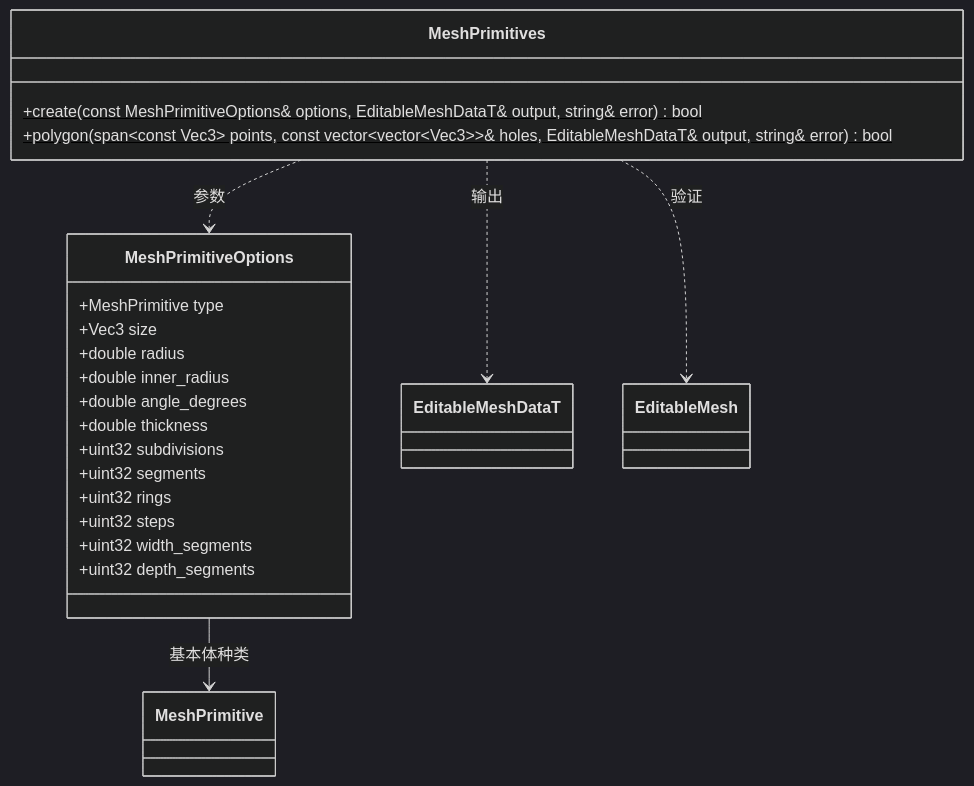
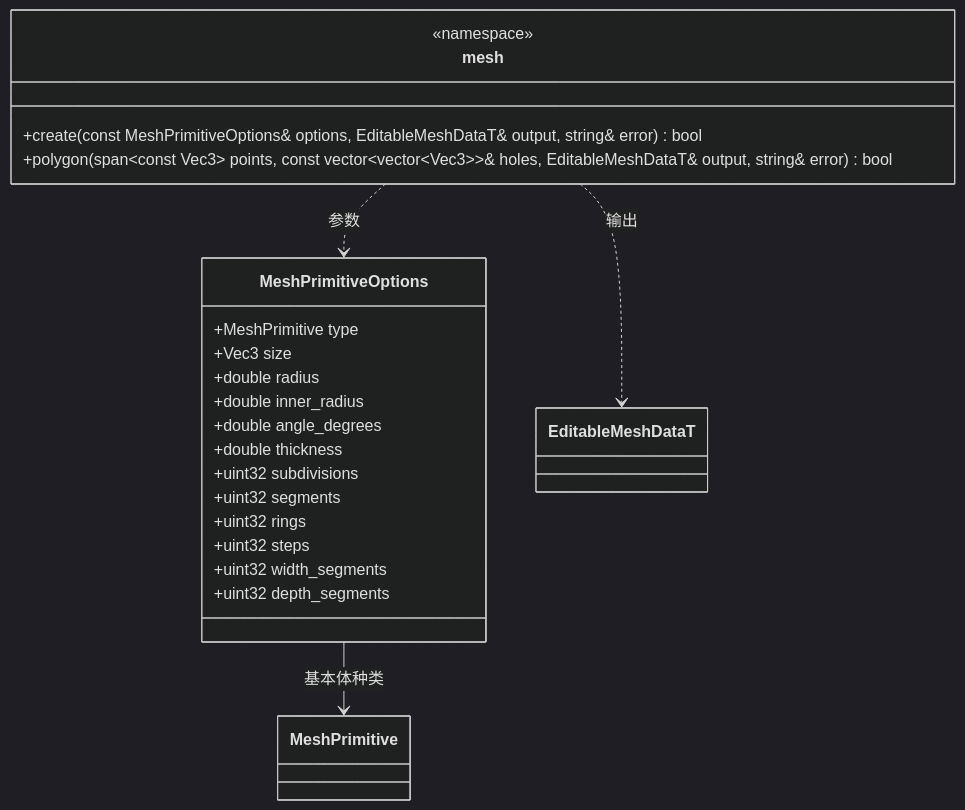
One commit to lcals/Engine changed the diagram in docs/plugins/editor/class-diagrams/mesh-primitives.md. Above: the diagram before and after it, drawn with Mermaid (dark theme). The commit also changed other lines of this file and 133 other files, not shown here.

Commit message:
Simplify engine implementations under reviewed class diagrams

````diff
--- a/docs/plugins/editor/class-diagrams/mesh-primitives.md
+++ b/docs/plugins/editor/class-diagrams/mesh-primitives.md
@@ -5,28 +7,27 @@
 ```mermaid
 classDiagram
-    class MeshPrimitives {
-        +create(const MeshPrimitiveOptions& options, EditableMeshDataT& output, string& error) bool$
-        +polygon(span~const Vec3~ points, const vector~vector~Vec3~~& holes, EditableMeshDataT& output, string& error) bool$
+    class mesh {
+        <<namespace>>
+        +create(const MeshPrimitiveOptions& options, EditableMeshDataT& output, string& error) bool
+        +polygon(span~const Vec3~ points, const vector~vector~Vec3~~& holes, EditableMeshDataT& output, string& error) bool
     }
     class MeshPrimitiveOptions {
         +MeshPrimitive type
         +Vec3 size
         +double radius
         +double inner_radius
         +double angle_degrees
         +double thickness
         +uint32 subdivisions
         +uint32 segments
         +uint32 rings
         +uint32 steps
         +uint32 width_segments
         +uint32 depth_segments
     }
     class MeshPrimitive
     class EditableMeshDataT
-    class EditableMesh
     MeshPrimitiveOptions --> MeshPrimitive : 基本体种类
-    MeshPrimitives ..> MeshPrimitiveOptions : 参数
-    MeshPrimitives ..> EditableMeshDataT : 输出
-    MeshPrimitives ..> EditableMesh : 验证
+    mesh ..> MeshPrimitiveOptions : 参数
+    mesh ..> EditableMeshDataT : 输出
 ```
````
